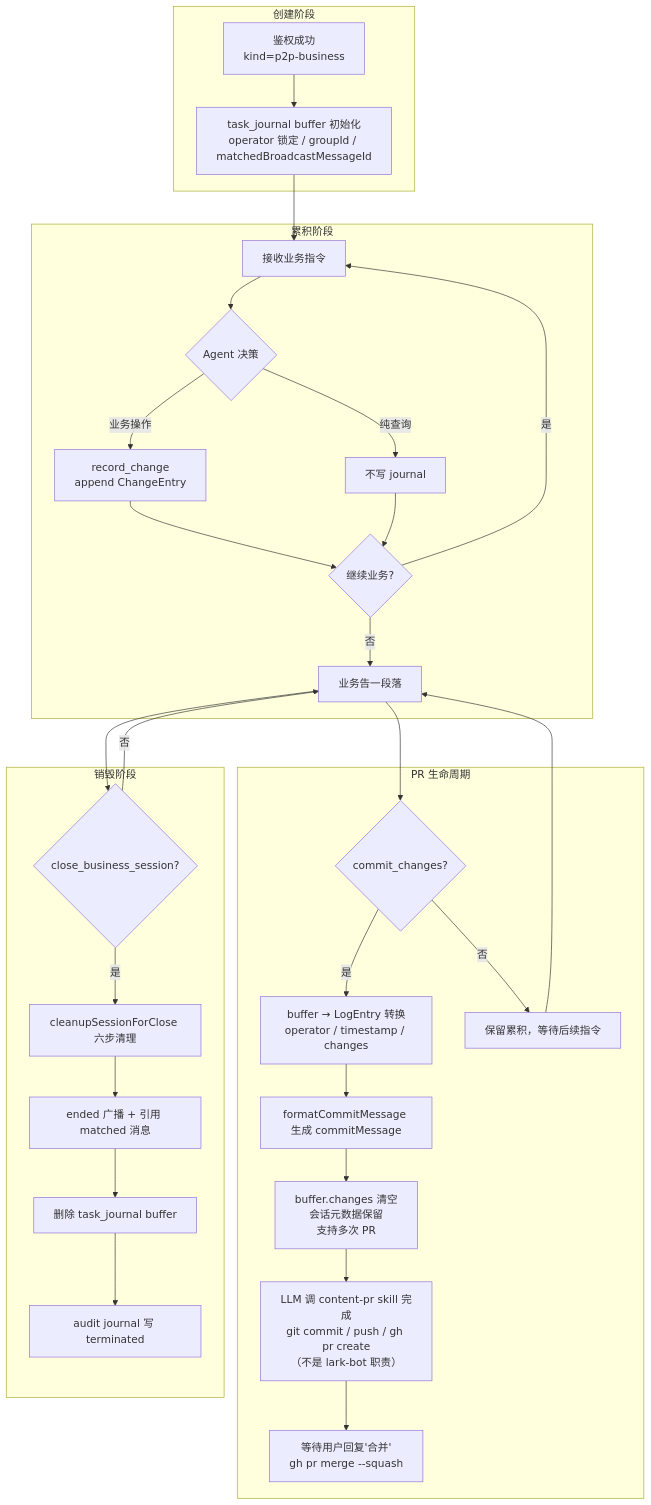
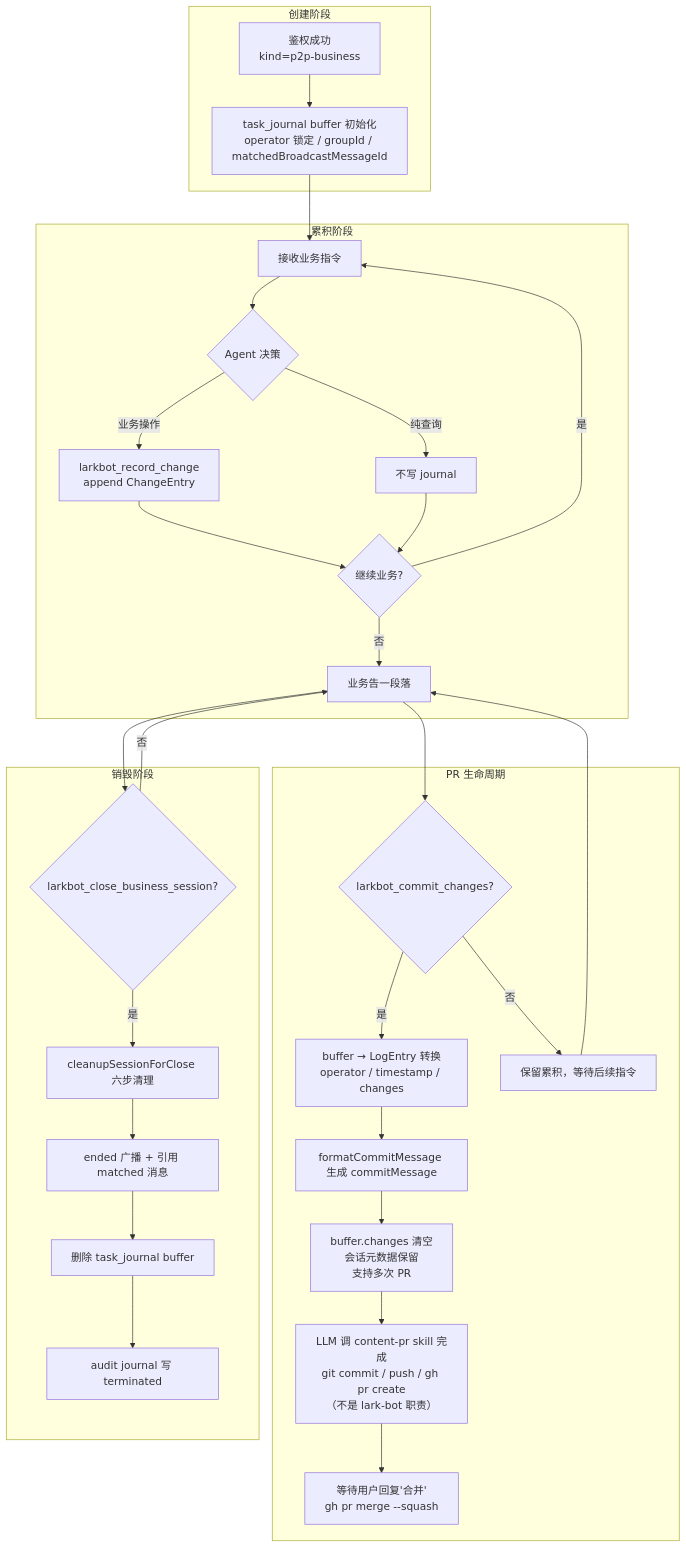
One commit to mmw-devs/ffxiv-race-stats changed the fifth of 5 diagrams in docs/lark-bot-business-flow.md. Above: the diagram before and after it, drawn with Mermaid. The commit also changed other lines of this file and 4 other files, not shown here.

````diff
--- a/docs/lark-bot-business-flow.md
+++ b/docs/lark-bot-business-flow.md
@@ -150,34 +150,34 @@
 ```mermaid
 flowchart TD
     subgraph 创建阶段
         S1[鉴权成功<br/>kind=p2p-business] --> S2["task_journal buffer 初始化<br/>operator 锁定 / groupId / matchedBroadcastMessageId"]
     end
     subgraph 累积阶段
         S2 --> S3[接收业务指令]
         S3 --> S4{Agent 决策}
-        S4 -->|业务操作| S5[record_change<br/>append ChangeEntry]
+        S4 -->|业务操作| S5[larkbot_record_change<br/>append ChangeEntry]
         S4 -->|纯查询| S6[不写 journal]
         S5 --> S7{继续业务?}
         S6 --> S7
         S7 -->|是| S3
         S7 -->|否| Done[业务告一段落]
     end
     subgraph 提交阶段[PR 生命周期]
-        Done --> Commit{commit_changes?}
+        Done --> Commit{larkbot_commit_changes?}
         Commit -->|是| C1[buffer → LogEntry 转换<br/>operator / timestamp / changes]
         C1 --> C2[formatCommitMessage 生成 commitMessage]
         C2 --> C3["buffer.changes 清空<br/>会话元数据保留<br/>支持多次 PR"]
         C3 --> C4[LLM 调 content-pr skill 完成<br/>git commit / push / gh pr create<br/>（不是 lark-bot 职责）]
         C4 --> C5[等待用户回复'合并'<br/>gh pr merge --squash]
         Commit -->|否| Stay[保留累积，等待后续指令]
         Stay --> Done
     end
     subgraph 销毁阶段
-        Done --> Close{close_business_session?}
+        Done --> Close{larkbot_close_business_session?}
         Close -->|是| D1[cleanupSessionForClose 六步清理]
         D1 --> D2[ended 广播 + 引用 matched 消息]
         D2 --> D3[删除 task_journal buffer]
         D3 --> D4[audit journal 写 terminated]
         Close -->|否| Done
     end
 ```
````
